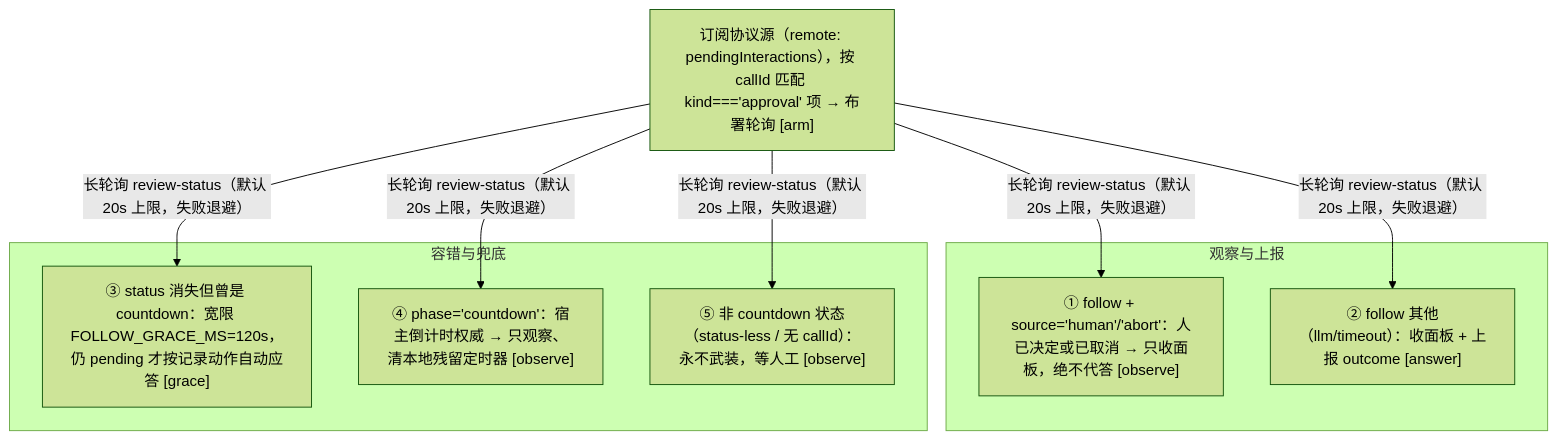
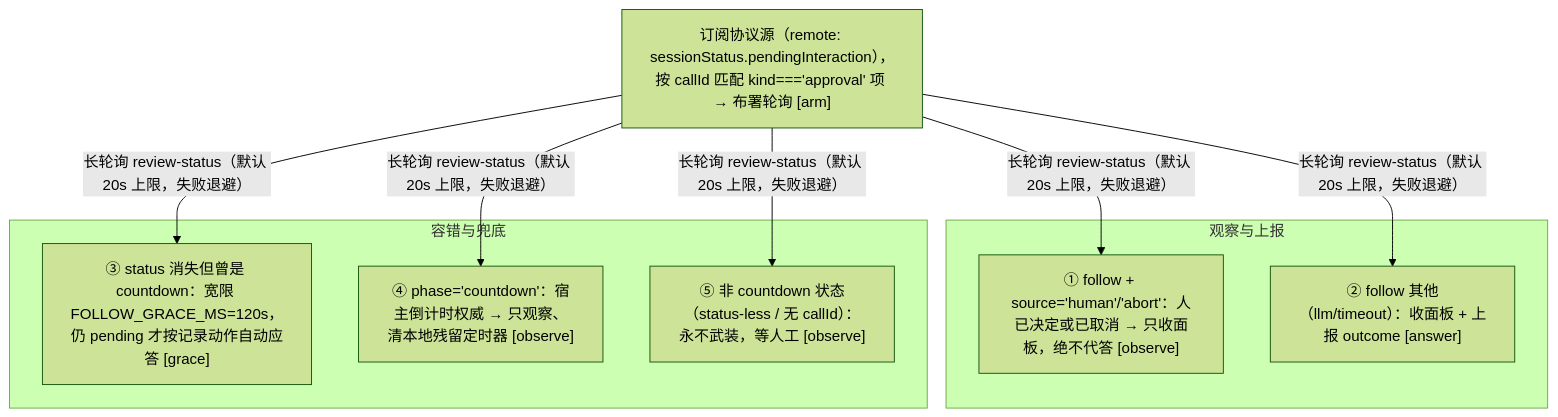
The diagram in docs/10-client-ui.md (cuddly-guacamole/dsh-auto-approval-llm), drawn with Mermaid (forest theme) before and after one commit. The commit also changed other lines of this file and 5 other files, not shown here.

First line of the commit message:
fix(client): read the approval snapshot from uiSession.sessionStatus

````diff
--- a/docs/10-client-ui.md
+++ b/docs/10-client-ui.md
@@ -27,18 +27,18 @@
 ```mermaid
 flowchart TD
-    A["订阅协议源（remote: pendingInteractions），按 callId 匹配 kind==='approval' 项 → 布署轮询 [arm]"]
+    A["订阅协议源（remote: sessionStatus.pendingInteraction），按 callId 匹配 kind==='approval' 项 → 布署轮询 [arm]"]
     A -->|长轮询 review-status（默认 20s 上限，失败退避）| B1["① follow + source='human'/'abort'：人已决定或已取消 → 只收面板，绝不代答 [observe]"]
     A -->|长轮询 review-status（默认 20s 上限，失败退避）| B2["② follow 其他（llm/timeout）：收面板 + 上报 outcome [answer]"]
     A -->|长轮询 review-status（默认 20s 上限，失败退避）| B3["③ status 消失但曾是 countdown：宽限 FOLLOW_GRACE_MS=120s，仍 pending 才按记录动作自动应答 [grace]"]
     A -->|长轮询 review-status（默认 20s 上限，失败退避）| B4["④ phase='countdown'：宿主倒计时权威 → 只观察、清本地残留定时器 [observe]"]
     A -->|长轮询 review-status（默认 20s 上限，失败退避）| B5["⑤ 非 countdown 状态（status-less / 无 callId）：永不武装，等人工 [observe]"]
     subgraph GR1["观察与上报"]
         B1
         B2
     end
     subgraph GR2["容错与兜底"]
         B3
         B4
         B5
     end
 ```
````
